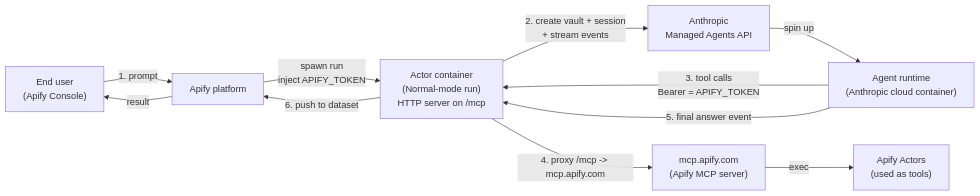
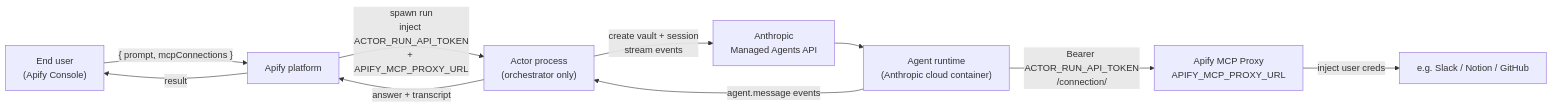
Before and after one commit to apify/actor-claude-managed-agent: the first of 2 diagrams in PLAN.md, drawn with Mermaid. The commit also changed other lines of this file, not shown here.

Commit message:
docs(plan): switch to Option A — Anthropic agent talks to MCP Proxy directly

````diff
--- a/PLAN.md
+++ b/PLAN.md
@@ -20,21 +30,20 @@
 ```mermaid
 flowchart LR
     User["End user<br/>(Apify Console)"]
     Apify["Apify platform"]
-    Actor["Actor container<br/>(Normal-mode run)<br/>HTTP server on /mcp"]
+    Actor["Actor process<br/>(orchestrator only)"]
     AnthropicAPI["Anthropic<br/>Managed Agents API"]
     AgentRT["Agent runtime<br/>(Anthropic cloud container)"]
-    ApifyMCP["mcp.apify.com<br/>(Apify MCP server)"]
-    Tools["Apify Actors<br/>(used as tools)"]
+    Proxy["Apify MCP Proxy<br/>APIFY_MCP_PROXY_URL"]
+    Up["e.g. Slack / Notion / GitHub"]
 
-    User -- "1. prompt" --> Apify
-    Apify -- "spawn run<br/>inject APIFY_TOKEN" --> Actor
-    Actor -- "2. create vault + session<br/>+ stream events" --> AnthropicAPI
-    AnthropicAPI -- "spin up" --> AgentRT
-    AgentRT -- "3. tool calls<br/>Bearer = APIFY_TOKEN" --> Actor
-    Actor -- "4. proxy /mcp -> mcp.apify.com" --> ApifyMCP
-    ApifyMCP -- "exec" --> Tools
-    AgentRT -- "5. final answer event" --> Actor
-    Actor -- "6. push to dataset" --> Apify
+    User -- "{ prompt, mcpConnections }" --> Apify
+    Apify -- "spawn run<br/>inject ACTOR_RUN_API_TOKEN<br/>+ APIFY_MCP_PROXY_URL" --> Actor
+    Actor -- "create vault + session<br/>stream events" --> AnthropicAPI
+    AnthropicAPI --> AgentRT
+    AgentRT -- "Bearer ACTOR_RUN_API_TOKEN<br/>/connection/<id>" --> Proxy
+    Proxy -- "inject user creds" --> Up
+    AgentRT -- "agent.message events" --> Actor
+    Actor -- "answer + transcript" --> Apify
     Apify -- "result" --> User
 ```
````
